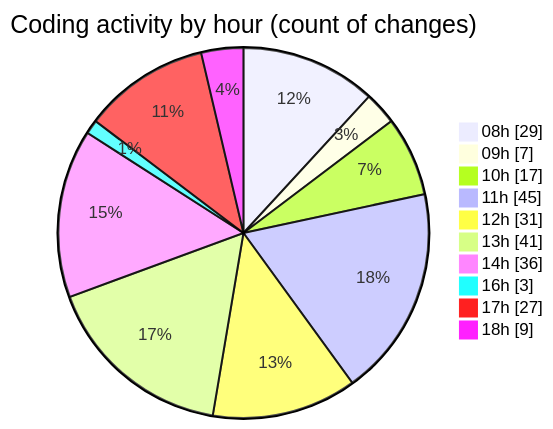
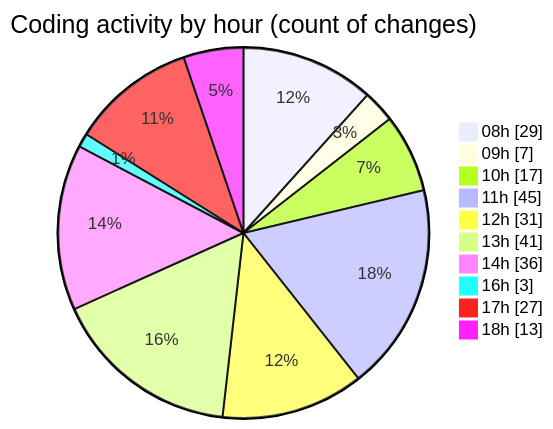
One commit to momahboobian/code-tracking changed the second of 2 diagrams in 2025-04-09/cda/README.md. Above: the diagram before and after it, drawn with Mermaid. The commit also changed other lines of this file and 1 other file, not shown here.

````diff
--- a/2025-04-09/cda/README.md
+++ b/2025-04-09/cda/README.md
@@ -59,14 +59,14 @@
 ```mermaid
 pie showData
 title Coding activity by hour (count of changes)
 "08h" : 29
 "09h" : 7
 "10h" : 17
 "11h" : 45
 "12h" : 31
 "13h" : 41
 "14h" : 36
 "16h" : 3
 "17h" : 27
-"18h" : 9
+"18h" : 13
 ```
````
